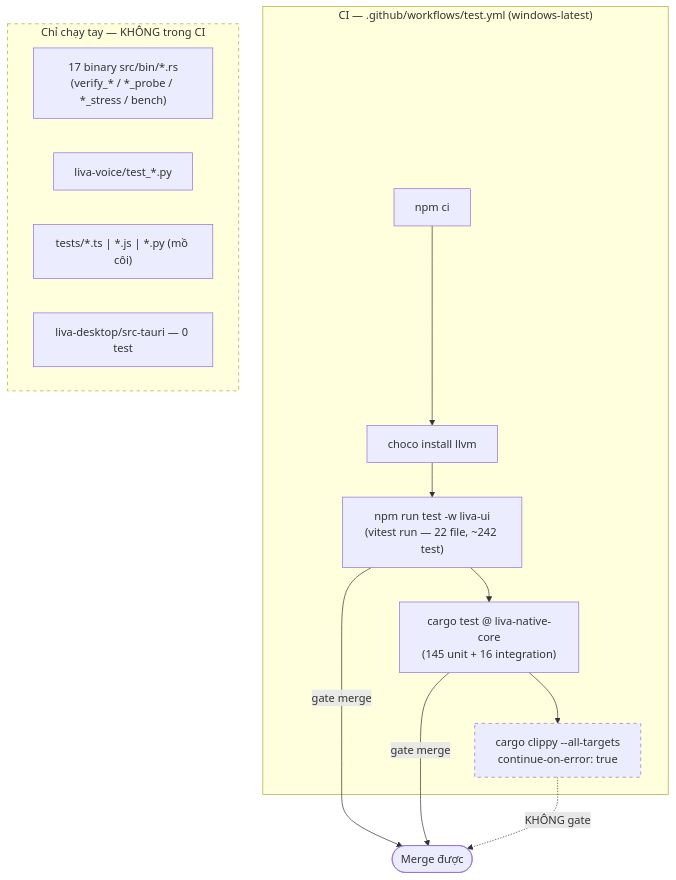
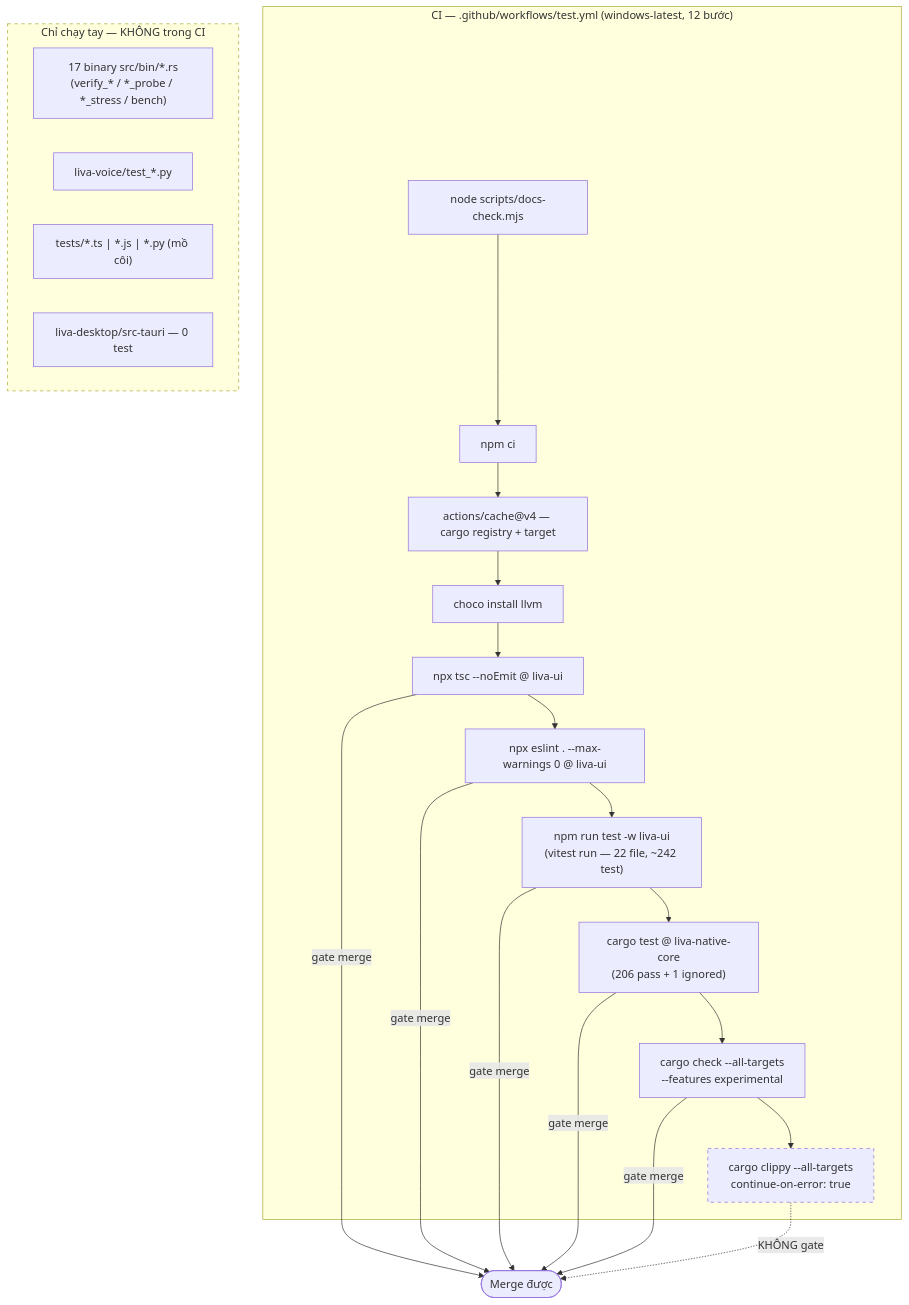
One commit to DuongNAD/LIVA changed the first of 4 diagrams in docs/02-van-hanh/04-kiem-thu-va-ci.md. Above: the diagram before and after it, drawn with Mermaid. The commit also changed other lines of this file and 17 other files, not shown here.

````diff
--- a/docs/02-van-hanh/04-kiem-thu-va-ci.md
+++ b/docs/02-van-hanh/04-kiem-thu-va-ci.md
@@ -77,23 +77,31 @@
 ```mermaid
 flowchart TD
-    subgraph CI["CI — .github/workflows/test.yml (windows-latest)"]
-        A["npm ci"] --> B["choco install llvm"]
-        B --> C["npm run test -w liva-ui<br/>(vitest run — 22 file, ~242 test)"]
-        C --> D["cargo test @ liva-native-core<br/>(145 unit + 16 integration)"]
-        D --> E["cargo clippy --all-targets<br/>continue-on-error: true"]
+    subgraph CI["CI — .github/workflows/test.yml (windows-latest, 12 bước)"]
+        A0["node scripts/docs-check.mjs"] --> A["npm ci"]
+        A --> A1["actions/cache@v4 — cargo registry + target"]
+        A1 --> B["choco install llvm"]
+        B --> B1["npx tsc --noEmit @ liva-ui"]
+        B1 --> B2["npx eslint . --max-warnings 0 @ liva-ui"]
+        B2 --> C["npm run test -w liva-ui<br/>(vitest run — 22 file, ~242 test)"]
+        C --> D["cargo test @ liva-native-core<br/>(206 pass + 1 ignored)"]
+        D --> D1["cargo check --all-targets<br/>--features experimental"]
+        D1 --> E["cargo clippy --all-targets<br/>continue-on-error: true"]
     end
 
     subgraph MANUAL["Chỉ chạy tay — KHÔNG trong CI"]
         F["17 binary src/bin/*.rs<br/>(verify_* / *_probe / *_stress / bench)"]
         G["liva-voice/test_*.py"]
         H["tests/*.ts | *.js | *.py (mồ côi)"]
         I["liva-desktop/src-tauri — 0 test"]
     end
 
-    C -->|"gate merge"| PASS([Merge được])
+    B1 -->|"gate merge"| PASS([Merge được])
+    B2 -->|"gate merge"| PASS
+    C -->|"gate merge"| PASS
     D -->|"gate merge"| PASS
+    D1 -->|"gate merge"| PASS
     E -.->|"KHÔNG gate"| PASS
 
     style E stroke-dasharray: 5 5
     style MANUAL stroke-dasharray: 5 5
 ```
````
